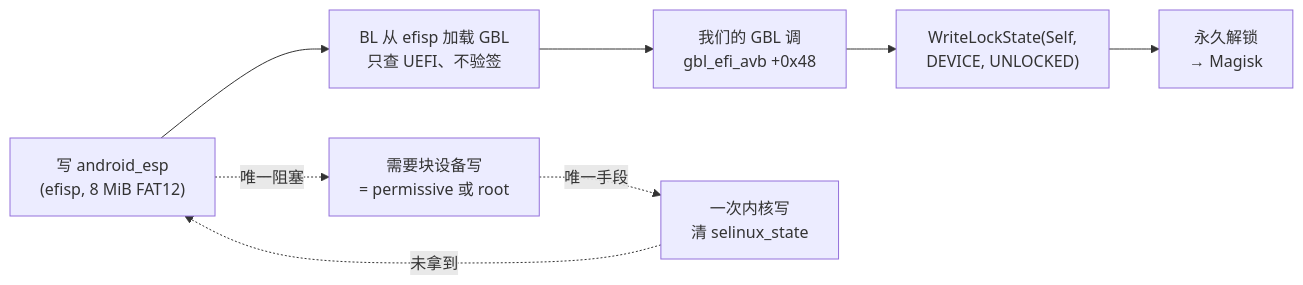
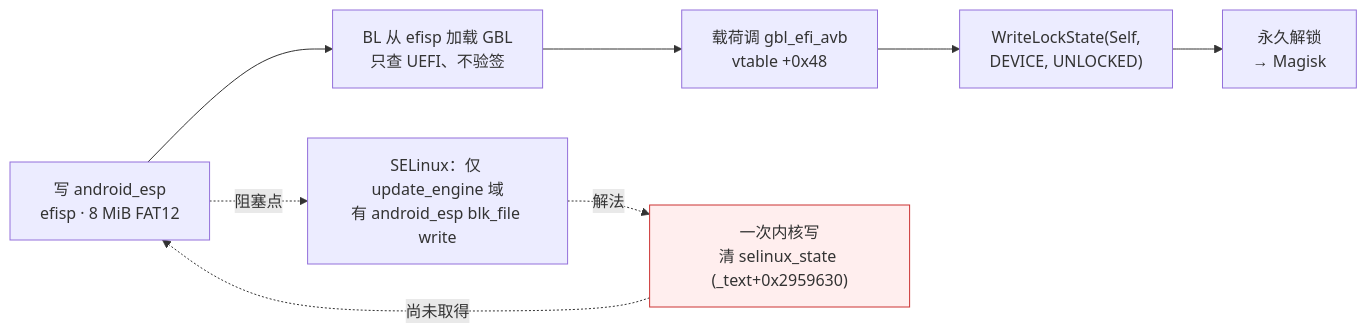
The first of 2 diagrams in docs/SUMMARY.md (Ronnie15143/lhasa-research), drawn with Mermaid before and after one commit. The commit also changed other lines of this file and 6 other files, not shown here.

````diff
--- a/docs/SUMMARY.md
+++ b/docs/SUMMARY.md
@@ -7,10 +7,11 @@
 ```mermaid
 flowchart LR
-    A["写 android_esp<br/>(efisp, 8 MiB FAT12)"] --> B["BL 从 efisp 加载 GBL<br/>只查 UEFI、不验签"]
-    B --> C["我们的 GBL 调<br/>gbl_efi_avb +0x48"]
+    A["写 android_esp<br/>efisp · 8 MiB FAT12"] --> B["BL 从 efisp 加载 GBL<br/>只查 UEFI、不验签"]
+    B --> C["载荷调 gbl_efi_avb<br/>vtable +0x48"]
     C --> D["WriteLockState(Self,<br/>DEVICE, UNLOCKED)"]
     D --> E["永久解锁<br/>→ Magisk"]
-    A -. "唯一阻塞" .-> F["需要块设备写<br/>= permissive 或 root"]
-    F -. "唯一手段" .-> G["一次内核写<br/>清 selinux_state"]
-    G -. "未拿到" .-> A
+    A -. "阻塞点" .-> F["SELinux：仅 update_engine 域<br/>有 android_esp blk_file write"]
+    F -. "解法" .-> G["一次内核写<br/>清 selinux_state (_text+0x2959630)"]
+    G -. "尚未取得" .-> A
+    style G fill:#fee,stroke:#c33
 ```
````
